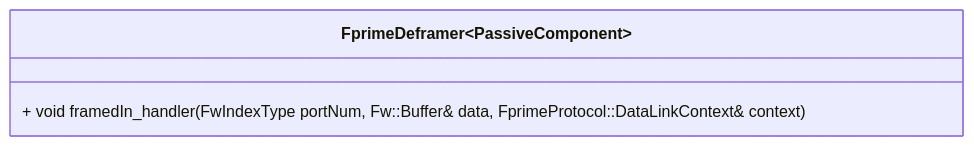
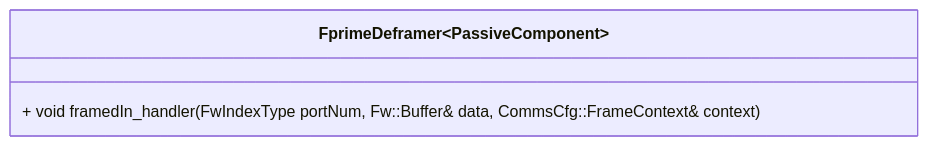
Before and after one commit to nasa/fprime: the diagram in Svc/FprimeDeframer/docs/sdd.md, drawn with Mermaid. The commit also changed other lines of this file and 39 other files, not shown here.

````diff
--- a/Svc/FprimeDeframer/docs/sdd.md
+++ b/Svc/FprimeDeframer/docs/sdd.md
@@ -41,6 +41,6 @@
 ```mermaid
 classDiagram
     class FprimeDeframer~PassiveComponent~ {
-        + void framedIn_handler(FwIndexType portNum, Fw::Buffer& data, FprimeProtocol::DataLinkContext& context)
+        + void framedIn_handler(FwIndexType portNum, Fw::Buffer& data, CommsCfg::FrameContext& context)
     }
 ```
````
